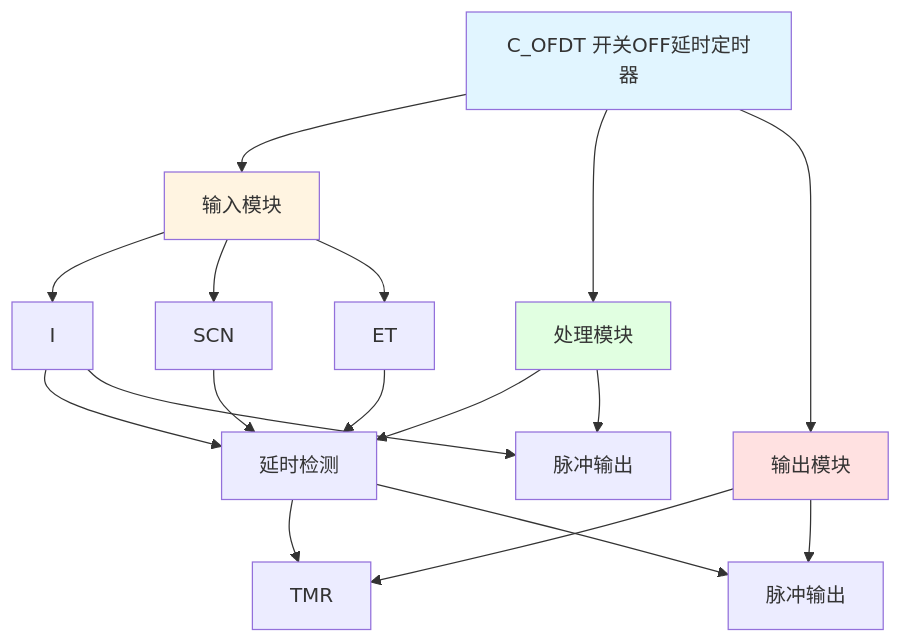
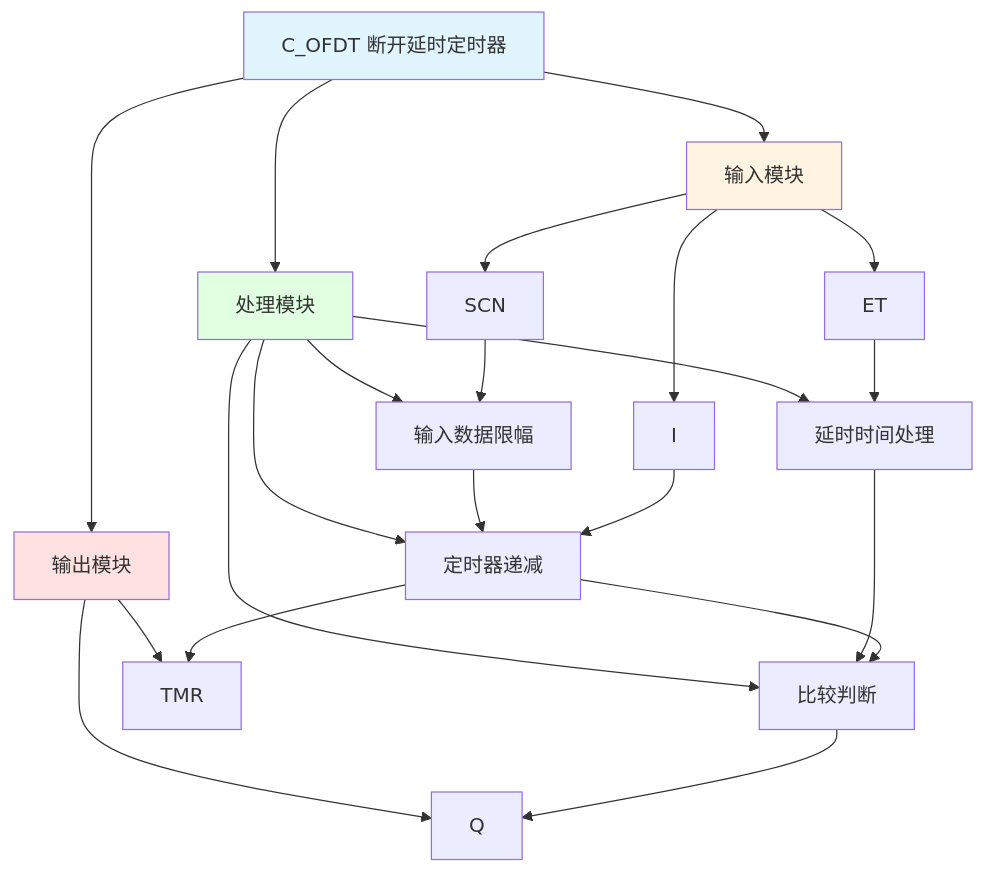
One commit to dlgt6/c changed the diagram in C_OFDT_分析报告.md. Above: the diagram before and after it, drawn with Mermaid. The commit also changed other lines of this file and 46 other files, not shown here.

````diff
--- a/C_OFDT_分析报告.md
+++ b/C_OFDT_分析报告.md
@@ -19,28 +30,32 @@
 ```mermaid
 graph TD
-    A[C_OFDT 开关OFF延时定时器] --> B[输入模块]
+    A[C_OFDT 断开延时定时器] --> B[输入模块]
     A --> C[处理模块]
     A --> D[输出模块]
     
     B --> B1[I]
-    B --> B2[SCN]
-    B --> B3[ET]
+    B --> B2[ET]
+    B --> B3[SCN]
     
-    C --> C1[延时检测]
-    C --> C2[脉冲输出]
+    C --> C1[输入数据限幅]
+    C --> C2[延时时间处理]
+    C --> C3[定时器递减]
+    C --> C4[比较判断]
     
-    D --> D1[TMR]
-    D --> D2[脉冲输出]
+    D --> D1[Q]
+    D --> D2[TMR]
     
-    B1 --> C1
-    B2 --> C1
     B3 --> C1
-    C1 --> D1
-    C1 --> D2
-    B1 --> C2
+    B2 --> C2
+    C1 --> C3
+    C2 --> C4
+    B1 --> C3
+    C3 --> D2
+    C3 --> C4
+    C4 --> D1
     
     style A fill:#e1f5ff
     style B fill:#fff4e1
     style C fill:#e1ffe1
     style D fill:#ffe1e1
 ```
````
